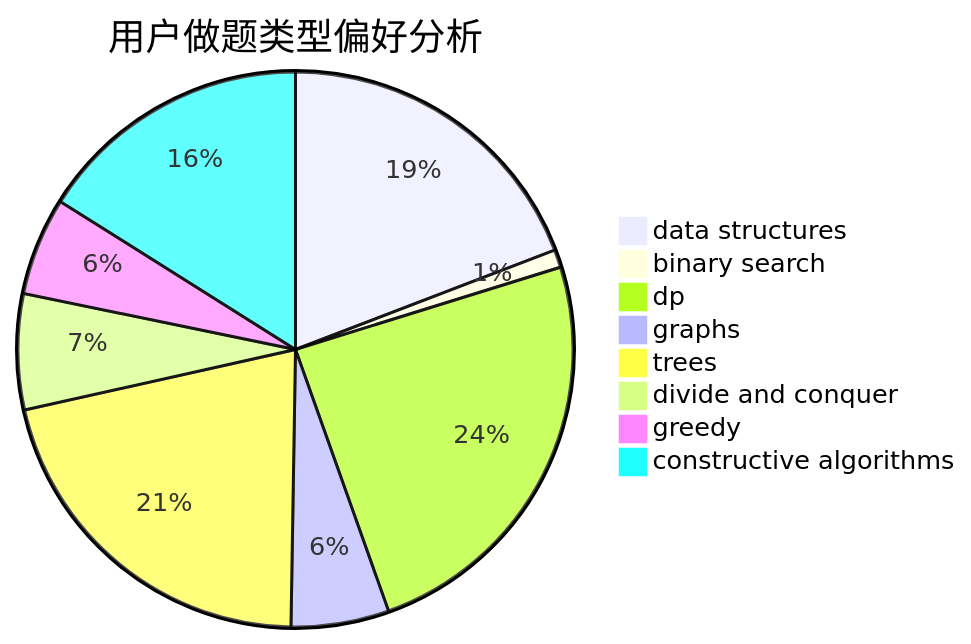
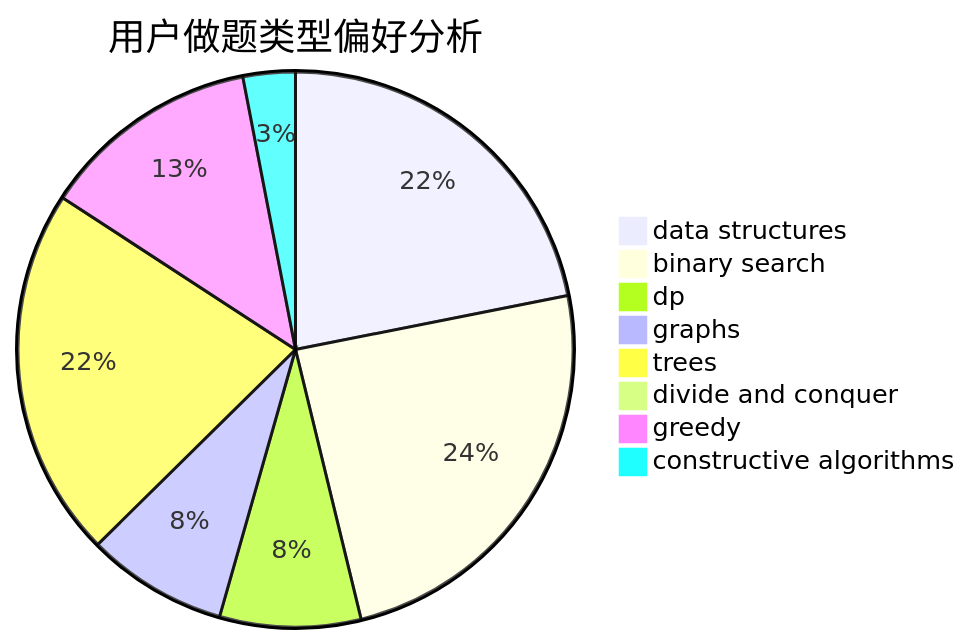
Before and after one commit to sherpahu/cfrs.github.io: the second of 3 diagrams in docs/user/u2217.md, drawn with Mermaid. The commit also changed other lines of this file and 2770 other files, not shown here.

````diff
--- a/docs/user/u2217.md
+++ b/docs/user/u2217.md
@@ -23,11 +23,11 @@
 ```mermaid
 pie title 用户做题类型偏好分析
-    "data structures" :  37
-    "binary search" :  2
-    "dp" :  47
-    "graphs" :  11
-    "trees" :  41
-    "divide and conquer" :  13
-    "greedy" :  11
-    "constructive algorithms" :  31
+    "data structures" :  72
+    "binary search" :  80
+    "dp" :  27
+    "graphs" :  27
+    "trees" :  71
+    "divide and conquer" :  1
+    "greedy" :  42
+    "constructive algorithms" :  10
 ```
````
